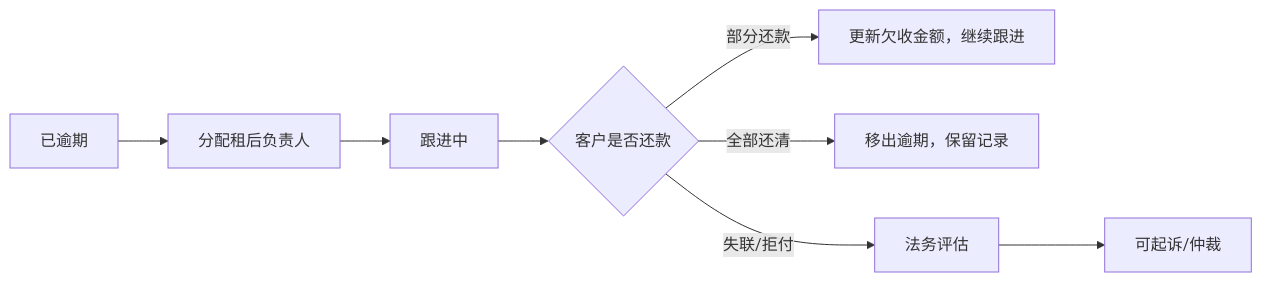
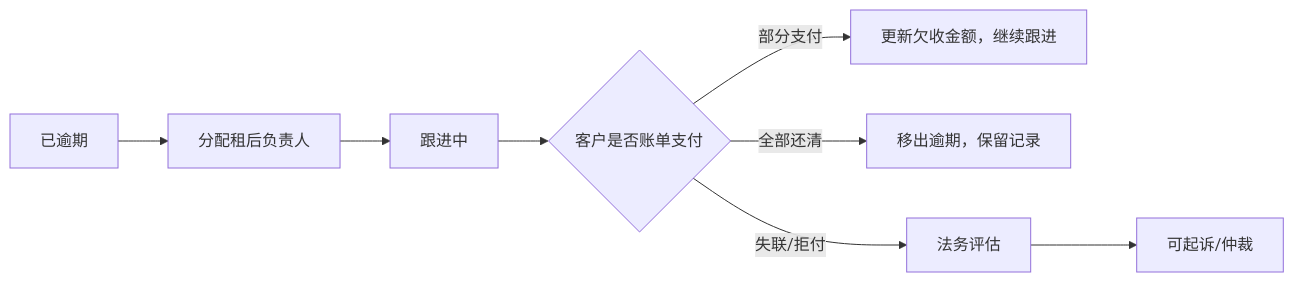
One commit to joezjyan-bot/mandian-prd changed the diagram in PRD/V0.2/modules/运营端/租后管理/01_租后催收管理.md. Above: the diagram before and after it, drawn with Mermaid. The commit also changed other lines of this file and 141 other files, not shown here.

````diff
--- a/PRD/V0.2/modules/运营端/租后管理/01_租后催收管理.md
+++ b/PRD/V0.2/modules/运营端/租后管理/01_租后催收管理.md
@@ -73,10 +73,10 @@
 ```mermaid
 flowchart LR
     A["已逾期"] --> C["分配租后负责人"]
     C --> D["跟进中"]
-    D --> E{"客户是否还款"}
-    E -->|部分还款| F["更新欠收金额，继续跟进"]
+    D --> E{"客户是否账单支付"}
+    E -->|部分支付| F["更新欠收金额，继续跟进"]
     E -->|全部还清| G["移出逾期，保留记录"]
     E -->|失联/拒付| H["法务评估"]
     H --> I["可起诉/仲裁"]
 ```
````
